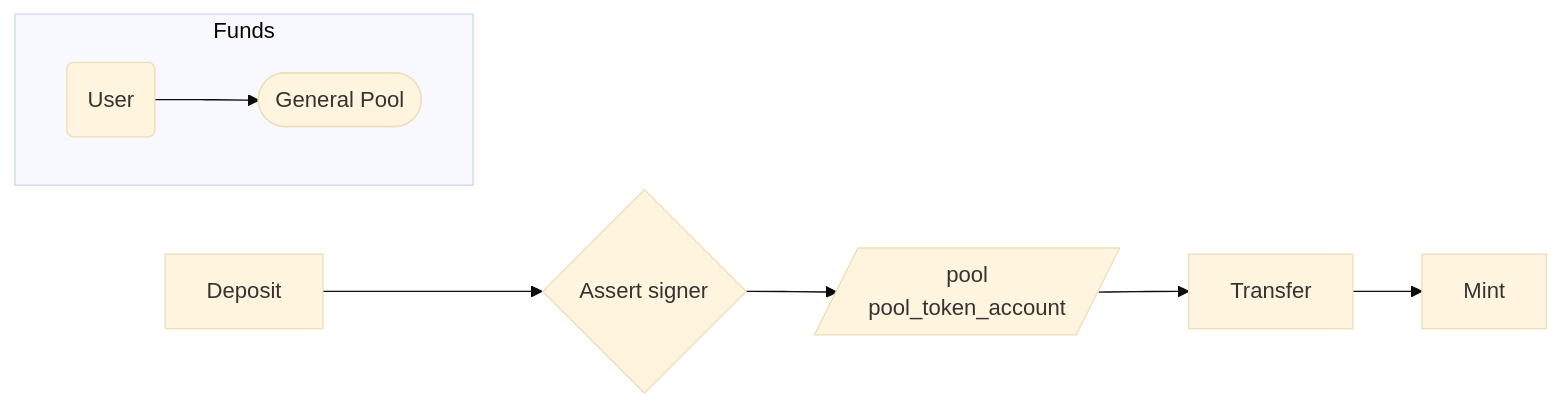
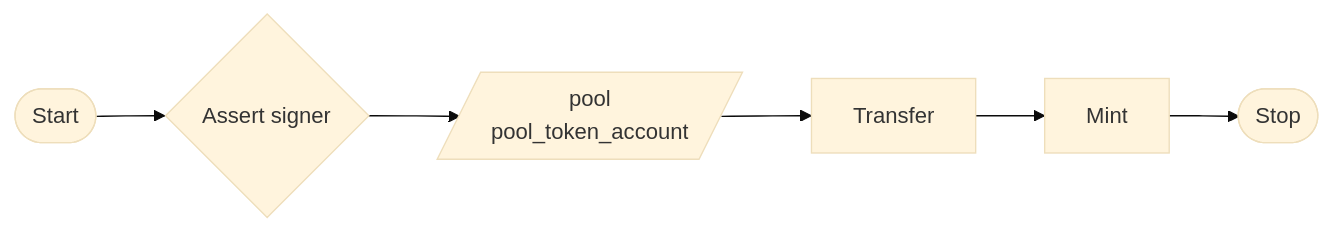
Before and after one commit to everlend/everlend: the first of 2 diagrams in programs/general_pool/README.md, drawn with Mermaid (base theme). The commit also changed other lines of this file, not shown here.

````diff
--- a/programs/general_pool/README.md
+++ b/programs/general_pool/README.md
@@ -1,11 +9,8 @@
 ```mermaid
 flowchart LR
-  A[Deposit] --> CAS{Assert signer}
+  A([Start]) --> CAS{Assert signer}
   CAS --> DP[/pool<br>pool_token_account/]
   DP --> AT[Transfer]
   AT --> AM[Mint]
-  subgraph Funds
-    direction LR
-    U(User) --> GP([General Pool])
-  end
+  AM --> B([Stop])
 ```
````
